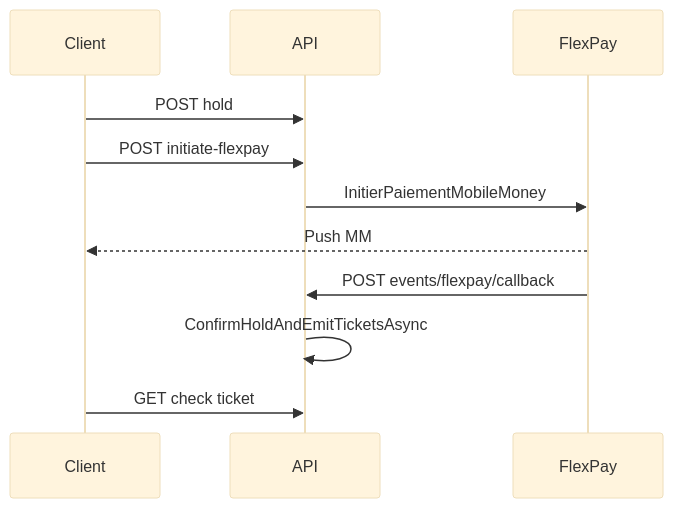
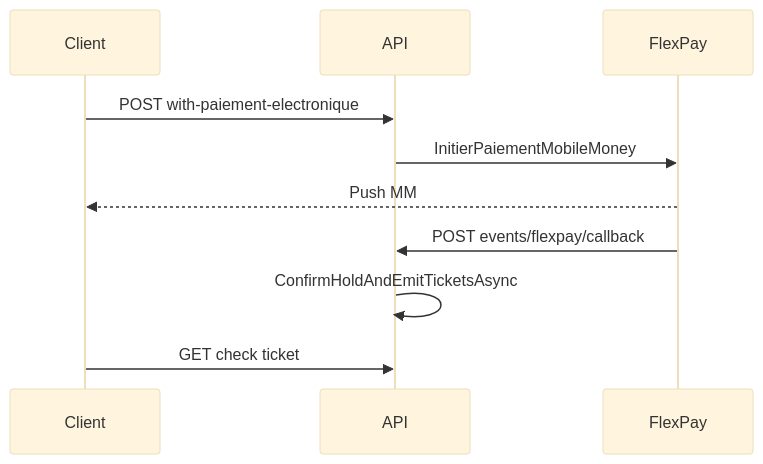
One commit to jktechrepository/congoTravelAPI changed the diagram in Documentation/Themes/05_transport_sync/DOCUMENTATION_FLEXPAY_EVENEMENT_V1.md. Above: the diagram before and after it, drawn with Mermaid (base theme). The commit also changed other lines of this file and 102 other files, not shown here.

````diff
--- a/Documentation/Themes/05_transport_sync/DOCUMENTATION_FLEXPAY_EVENEMENT_V1.md
+++ b/Documentation/Themes/05_transport_sync/DOCUMENTATION_FLEXPAY_EVENEMENT_V1.md
@@ -40,13 +40,12 @@
 ```mermaid
 sequenceDiagram
     participant Client
     participant API
     participant FlexPay
-  Client->>API: POST hold
-  Client->>API: POST initiate-flexpay
+  Client->>API: POST with-paiement-electronique
   API->>FlexPay: InitierPaiementMobileMoney
   FlexPay-->>Client: Push MM
   FlexPay->>API: POST events/flexpay/callback
   API->>API: ConfirmHoldAndEmitTicketsAsync
   Client->>API: GET check ticket
 ```
````
